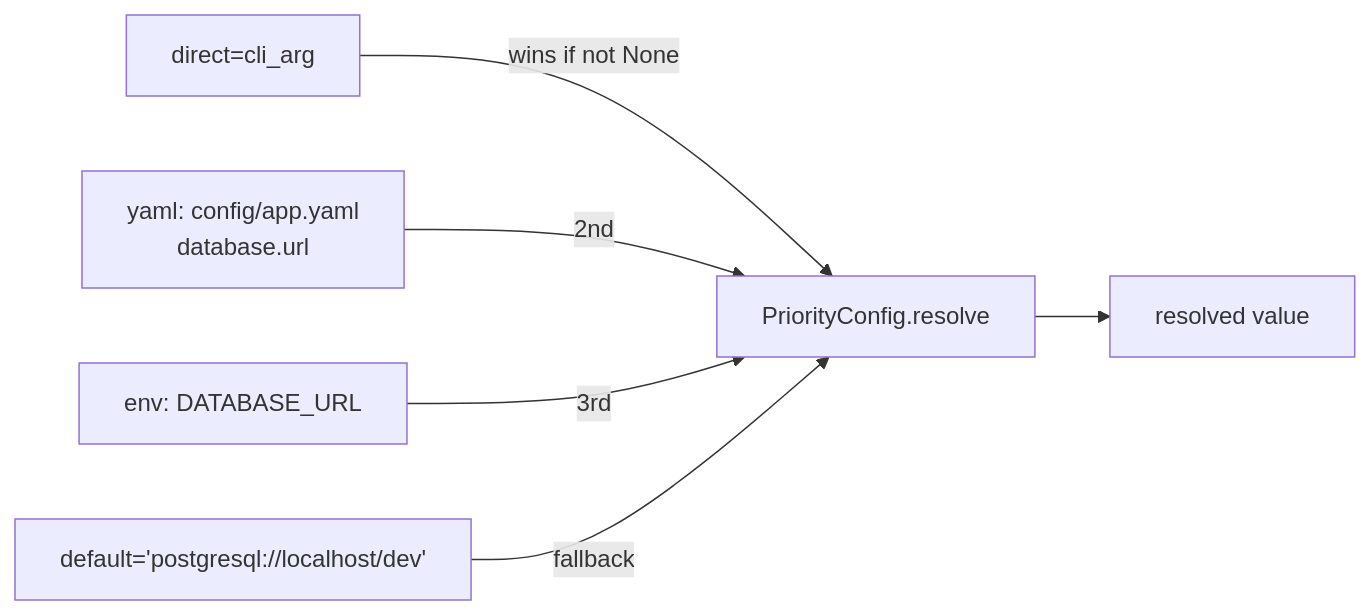
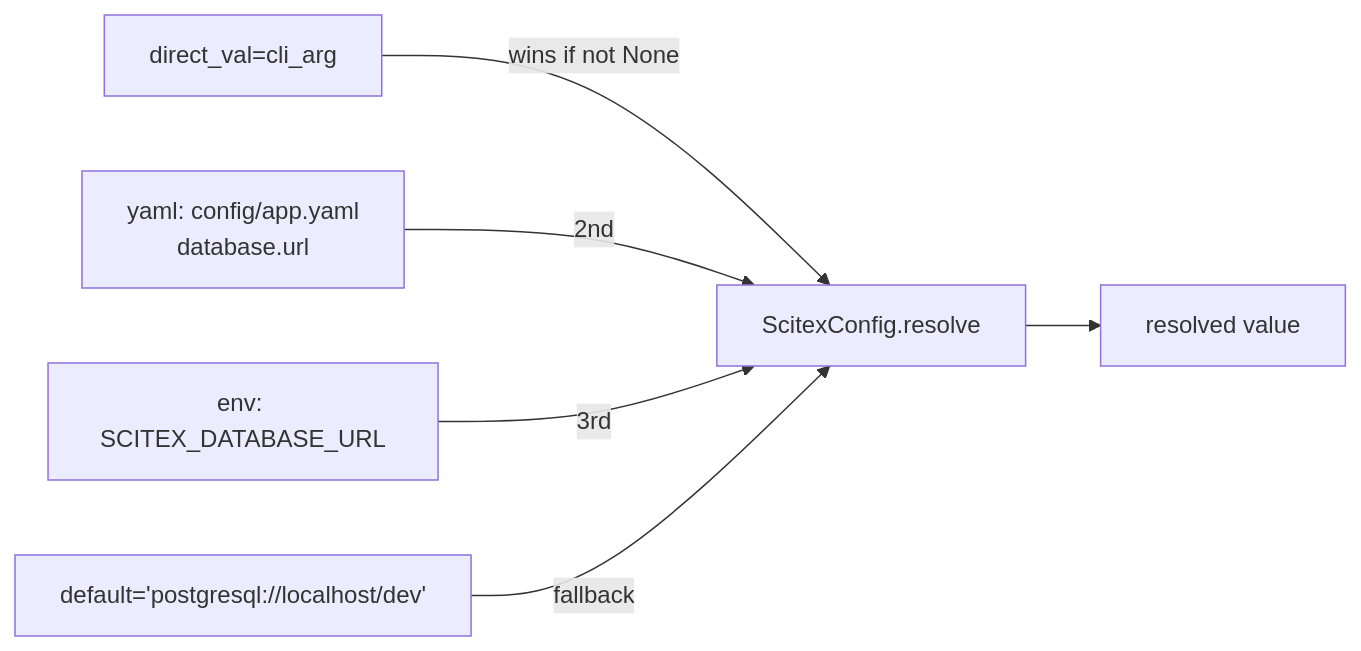
Before and after one commit to scitex-ai/scitex-config: the first of 2 diagrams in README.md, drawn with Mermaid. The commit also changed other lines of this file and 5 other files, not shown here.

````diff
--- a/README.md
+++ b/README.md
@@ -58,8 +58,8 @@
 ```mermaid
 flowchart LR
-    D[direct=cli_arg] -->|wins if not None| R[PriorityConfig.resolve]
+    D[direct_val=cli_arg] -->|wins if not None| R[ScitexConfig.resolve]
     Y["yaml: config/app.yaml<br/>database.url"] -->|2nd| R
-    E["env: DATABASE_URL"] -->|3rd| R
+    E["env: SCITEX_DATABASE_URL"] -->|3rd| R
     F["default='postgresql://localhost/dev'"] -->|fallback| R
     R --> V["resolved value"]
 ```
````
